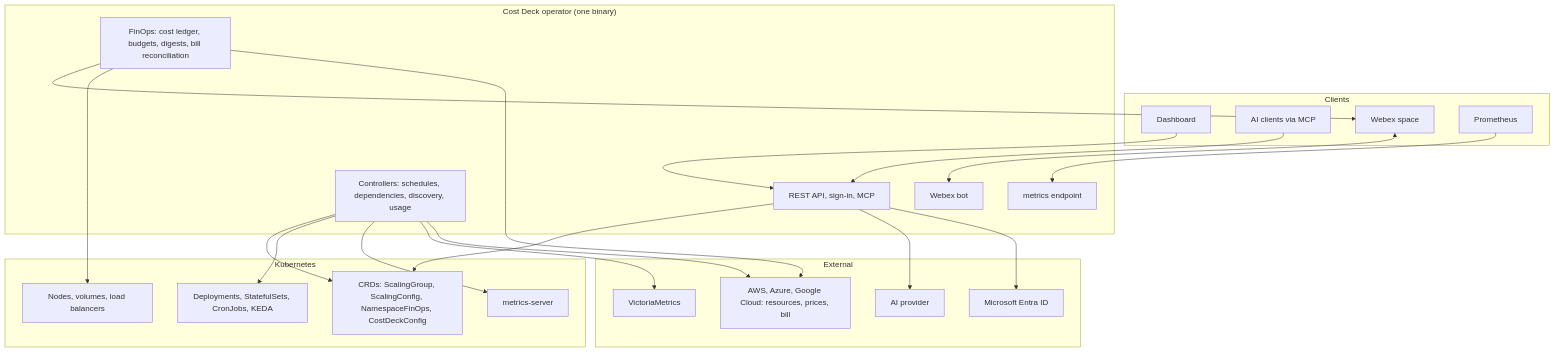
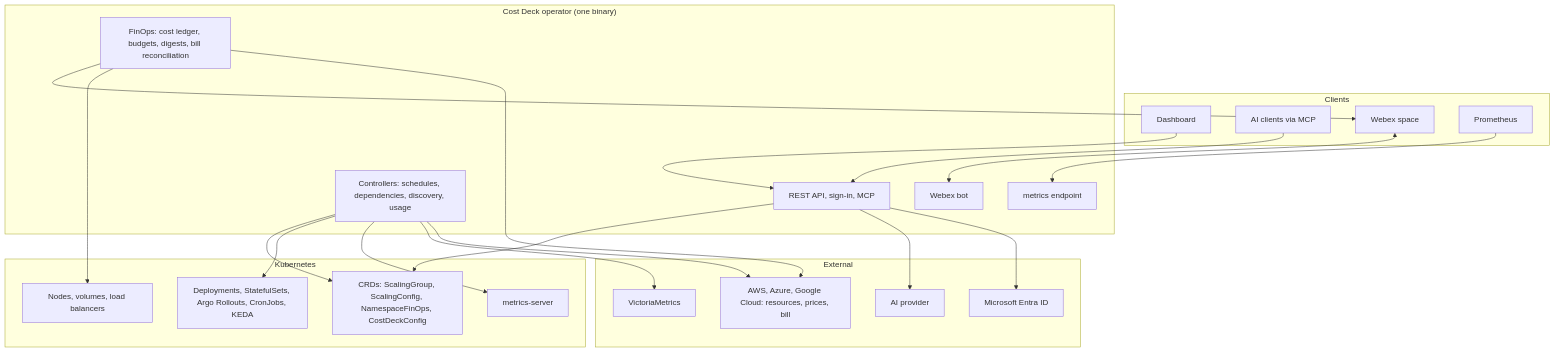
One commit to migalsp/costdeck changed the diagram in README.md. Above: the diagram before and after it, drawn with Mermaid. The commit also changed other lines of this file and 16 other files, not shown here.

First line of the commit message:
feat(scaling): scale Argo Rollouts with their namespace

````diff
--- a/README.md
+++ b/README.md
@@ -139,47 +141,47 @@
 ```mermaid
 graph TD
     subgraph Clients
         UI[Dashboard]
         AI[AI clients via MCP]
         WX[Webex space]
         PR[Prometheus]
     end
 
     subgraph Operator["Cost Deck operator (one binary)"]
         API[REST API, sign-in, MCP]
         CTRL[Controllers: schedules, dependencies, discovery, usage]
         FIN[FinOps: cost ledger, budgets, digests, bill reconciliation]
         BOT[Webex bot]
         MET[metrics endpoint]
     end
 
     subgraph Cluster["Kubernetes"]
         CRD[CRDs: ScalingGroup, ScalingConfig, NamespaceFinOps, CostDeckConfig]
-        WL[Deployments, StatefulSets, CronJobs, KEDA]
+        WL[Deployments, StatefulSets, Argo Rollouts, CronJobs, KEDA]
         INF[Nodes, volumes, load balancers]
         MS[metrics-server]
     end
 
     subgraph External
         VM[VictoriaMetrics]
         CLOUD[AWS, Azure, Google Cloud: resources, prices, bill]
         LLM[AI provider]
         ENTRA[Microsoft Entra ID]
     end
 
     UI --> API
     AI --> API
     WX <--> BOT
     FIN --> WX
     PR --> MET
     API --> CRD
     CTRL --> CRD
     CTRL --> WL
     CTRL --> MS
     CTRL --> VM
     CTRL --> CLOUD
     FIN --> INF
     FIN --> CLOUD
     API --> LLM
     API --> ENTRA
 ```
````
